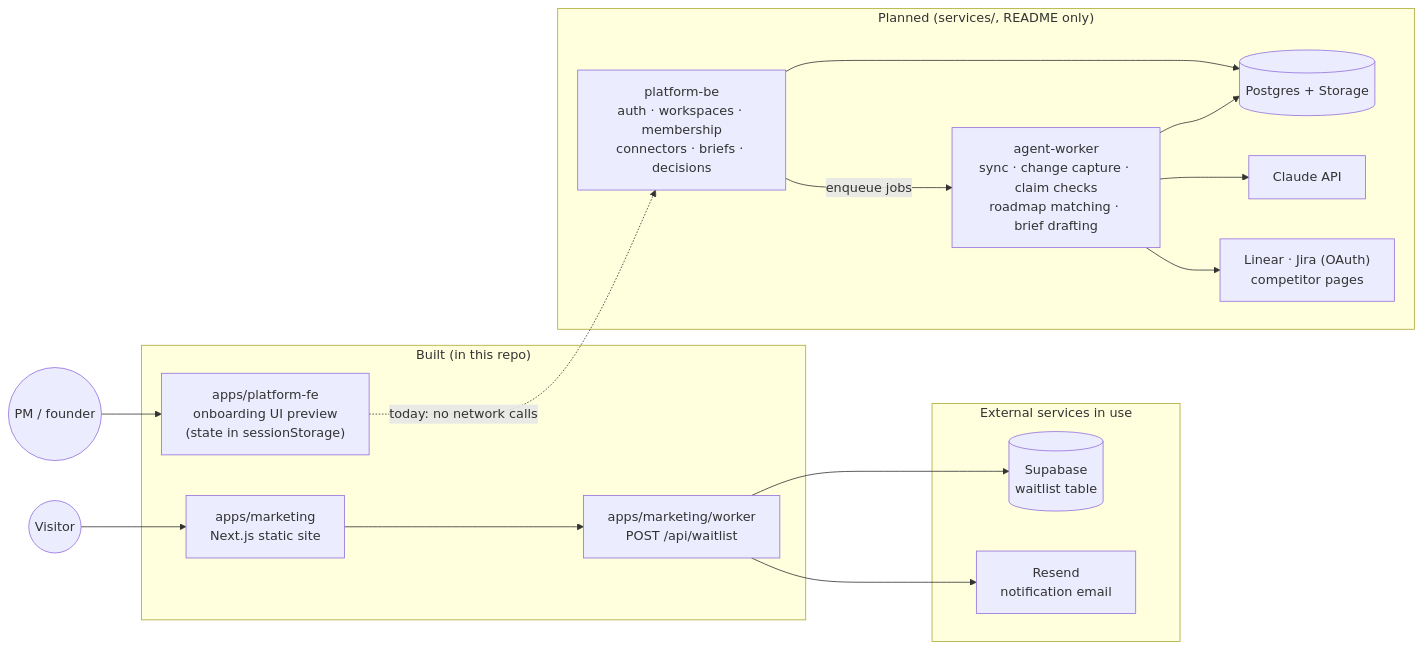
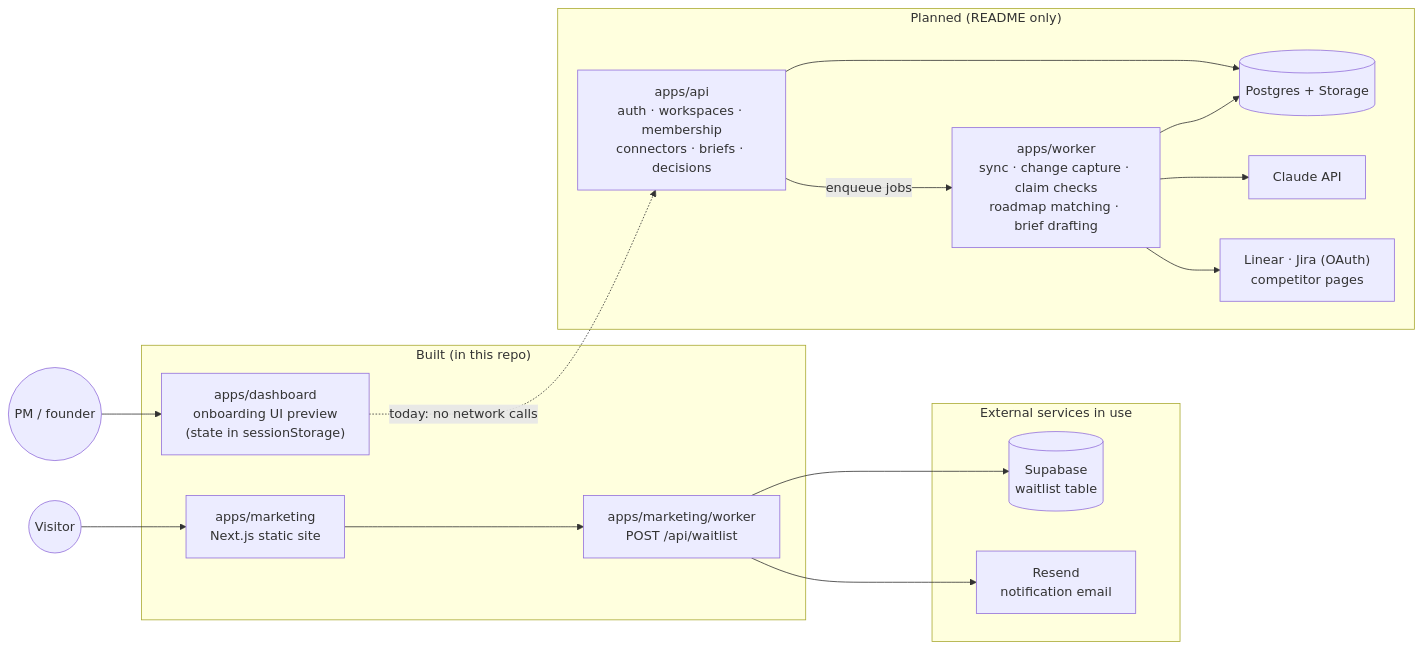
The diagram in docs/architecture.md (Insha33/VerityLoop), drawn with Mermaid before and after one commit. The commit also changed other lines of this file and 94 other files, not shown here.

````diff
--- a/docs/architecture.md
+++ b/docs/architecture.md
@@ -16,29 +16,29 @@
 ```mermaid
 flowchart LR
   subgraph Built["Built (in this repo)"]
     MKT["apps/marketing<br/>Next.js static site"]
     WL["apps/marketing/worker<br/>POST /api/waitlist"]
-    PFE["apps/platform-fe<br/>onboarding UI preview<br/>(state in sessionStorage)"]
+    PFE["apps/dashboard<br/>onboarding UI preview<br/>(state in sessionStorage)"]
   end
   subgraph External["External services in use"]
     SB[("Supabase<br/>waitlist table")]
     RS["Resend<br/>notification email"]
   end
-  subgraph Planned["Planned (services/, README only)"]
-    PBE["platform-be<br/>auth · workspaces · membership<br/>connectors · briefs · decisions"]
-    AW["agent-worker<br/>sync · change capture · claim checks<br/>roadmap matching · brief drafting"]
+  subgraph Planned["Planned (README only)"]
+    PBE["apps/api<br/>auth · workspaces · membership<br/>connectors · briefs · decisions"]
+    AW["apps/worker<br/>sync · change capture · claim checks<br/>roadmap matching · brief drafting"]
     DB[("Postgres + Storage")]
     LLM["Claude API"]
     SRC["Linear · Jira (OAuth)<br/>competitor pages"]
   end
 
   Visitor((Visitor)) --> MKT --> WL --> SB
   WL --> RS
   User((PM / founder)) --> PFE
   PFE -. "today: no network calls" .-> PBE
   PBE --> DB
   PBE -- enqueue jobs --> AW
   AW --> SRC
   AW --> LLM
   AW --> DB
 ```
````
